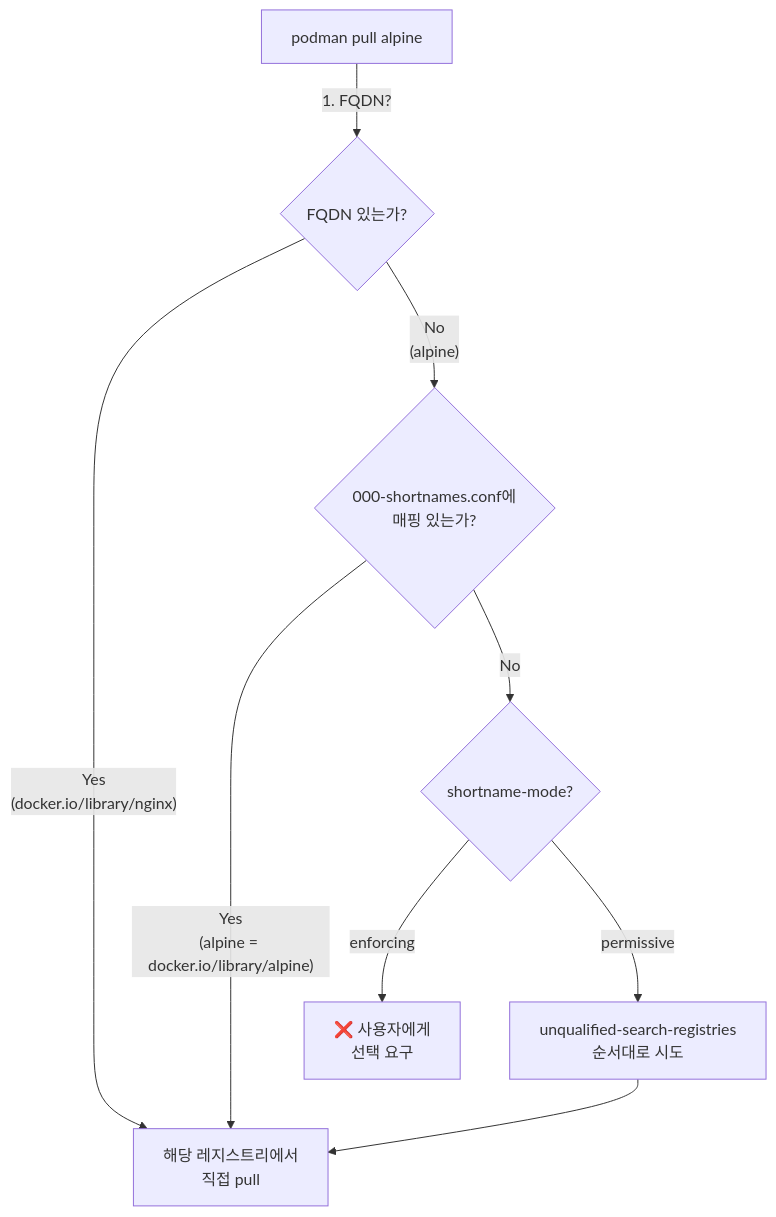
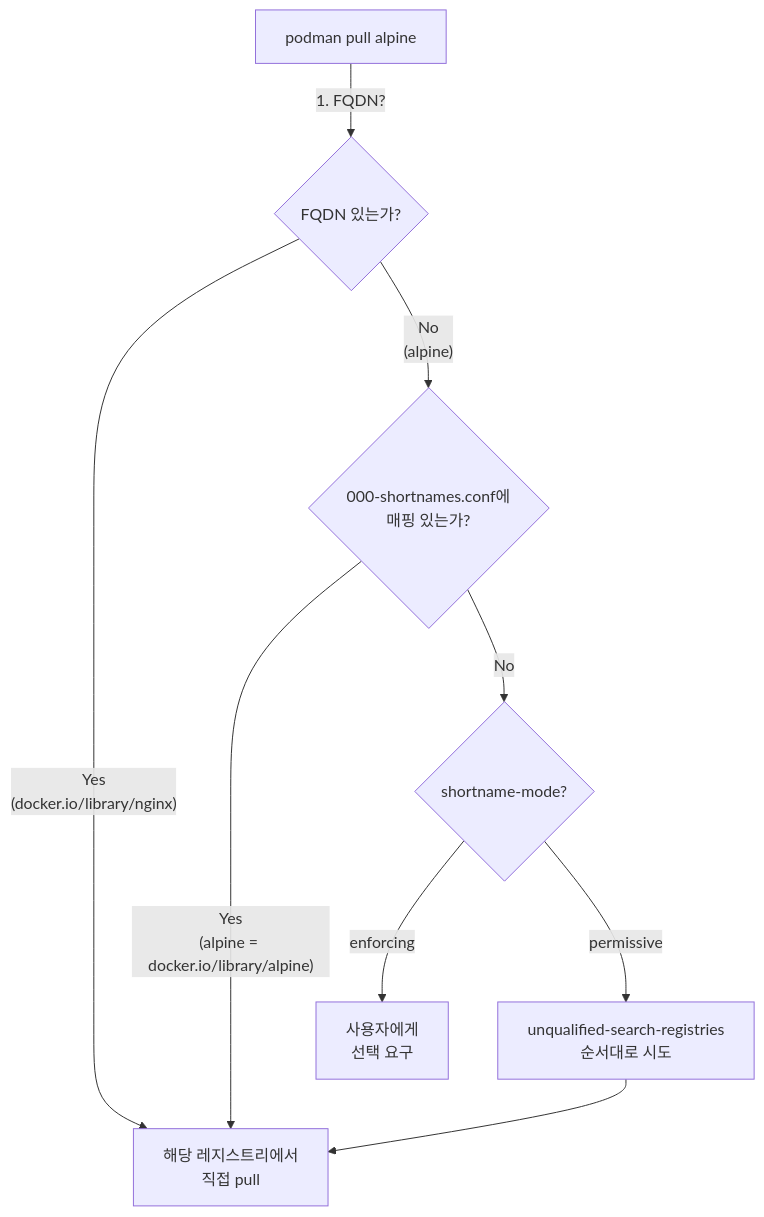
Before and after one commit to juwon8891/juwon8891.github.io: the fourth of 8 diagrams in docs/k8s-deploy/week6-kubespray-offline.md, drawn with Mermaid. The commit also changed other lines of this file and 25 other files, not shown here.

````diff
--- a/docs/k8s-deploy/week6-kubespray-offline.md
+++ b/docs/k8s-deploy/week6-kubespray-offline.md
@@ -501,20 +498,20 @@
 ```mermaid
 graph TB
     Pull["podman pull alpine"]
 
     Pull -->|"1. FQDN?"| CheckFQDN{"FQDN 있는가?"}
 
     CheckFQDN -->|"Yes<br/>(docker.io/library/nginx)"| DirectPull["해당 레지스트리에서<br/>직접 pull"]
 
     CheckFQDN -->|"No<br/>(alpine)"| CheckShortname{"000-shortnames.conf에<br/>매핑 있는가?"}
 
     CheckShortname -->|"Yes<br/>(alpine = docker.io/library/alpine)"| DirectPull
 
     CheckShortname -->|"No"| CheckMode{"shortname-mode?"}
 
-    CheckMode -->|"enforcing"| Error["❌ 사용자에게<br/>선택 요구"]
+    CheckMode -->|"enforcing"| Error["사용자에게<br/>선택 요구"]
     CheckMode -->|"permissive"| SearchRegistries["unqualified-search-registries<br/>순서대로 시도"]
 
     SearchRegistries --> DirectPull
 
 ```
````
